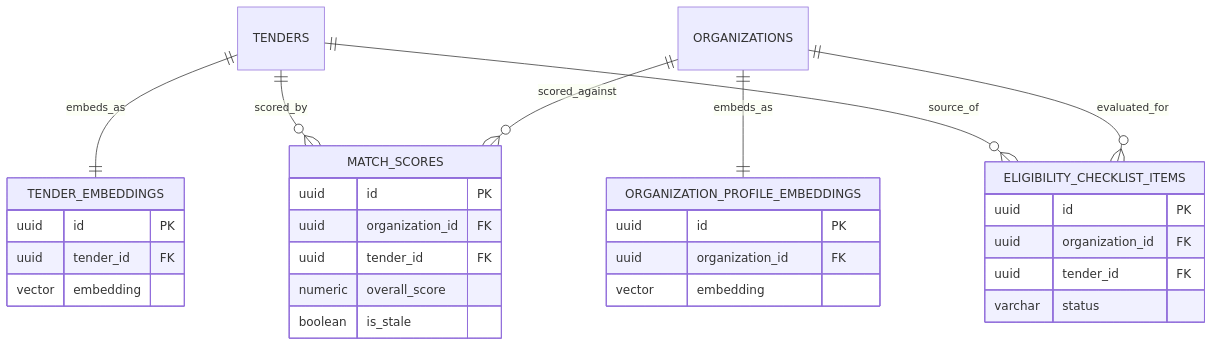
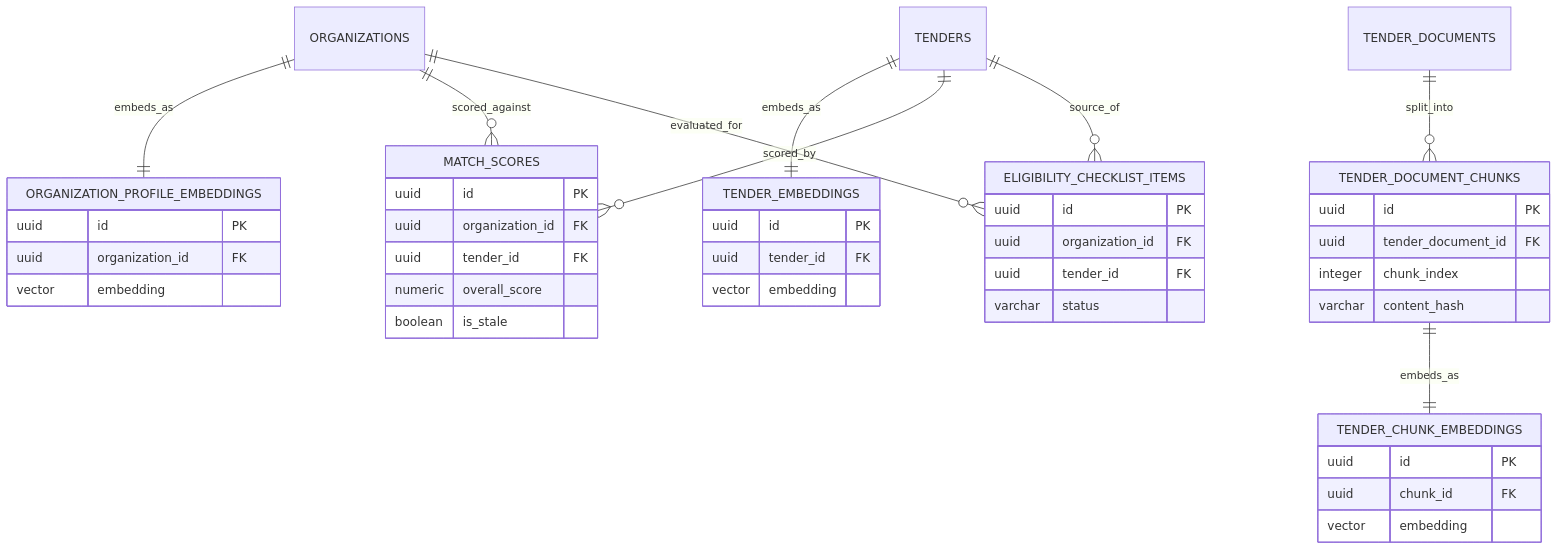
The third of 5 diagrams in docs/database/DATABASE.md (AnanyaB27/TenderIQ), drawn with Mermaid before and after one commit. The commit also changed other lines of this file and 1 other file, not shown here.

````diff
--- a/docs/database/DATABASE.md
+++ b/docs/database/DATABASE.md
@@ -863,33 +904,46 @@
 ```mermaid
 erDiagram
     TENDERS ||--|| TENDER_EMBEDDINGS : embeds_as
     ORGANIZATIONS ||--|| ORGANIZATION_PROFILE_EMBEDDINGS : embeds_as
     ORGANIZATIONS ||--o{ MATCH_SCORES : scored_against
     TENDERS ||--o{ MATCH_SCORES : scored_by
     ORGANIZATIONS ||--o{ ELIGIBILITY_CHECKLIST_ITEMS : evaluated_for
     TENDERS ||--o{ ELIGIBILITY_CHECKLIST_ITEMS : source_of
+    TENDER_DOCUMENTS ||--o{ TENDER_DOCUMENT_CHUNKS : split_into
+    TENDER_DOCUMENT_CHUNKS ||--|| TENDER_CHUNK_EMBEDDINGS : embeds_as
 
     TENDER_EMBEDDINGS {
         uuid id PK
         uuid tender_id FK
+        vector embedding
+    }
+    TENDER_DOCUMENT_CHUNKS {
+        uuid id PK
+        uuid tender_document_id FK
+        integer chunk_index
+        varchar content_hash
+    }
+    TENDER_CHUNK_EMBEDDINGS {
+        uuid id PK
+        uuid chunk_id FK
         vector embedding
     }
     ORGANIZATION_PROFILE_EMBEDDINGS {
         uuid id PK
         uuid organization_id FK
         vector embedding
     }
     MATCH_SCORES {
         uuid id PK
         uuid organization_id FK
         uuid tender_id FK
         numeric overall_score
         boolean is_stale
     }
     ELIGIBILITY_CHECKLIST_ITEMS {
         uuid id PK
         uuid organization_id FK
         uuid tender_id FK
         varchar status
     }
 ```
````
